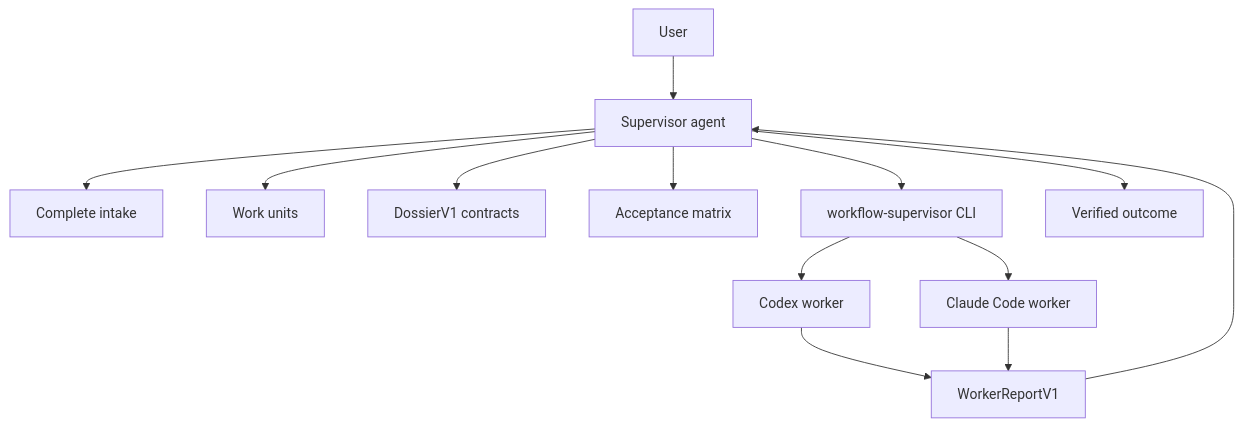
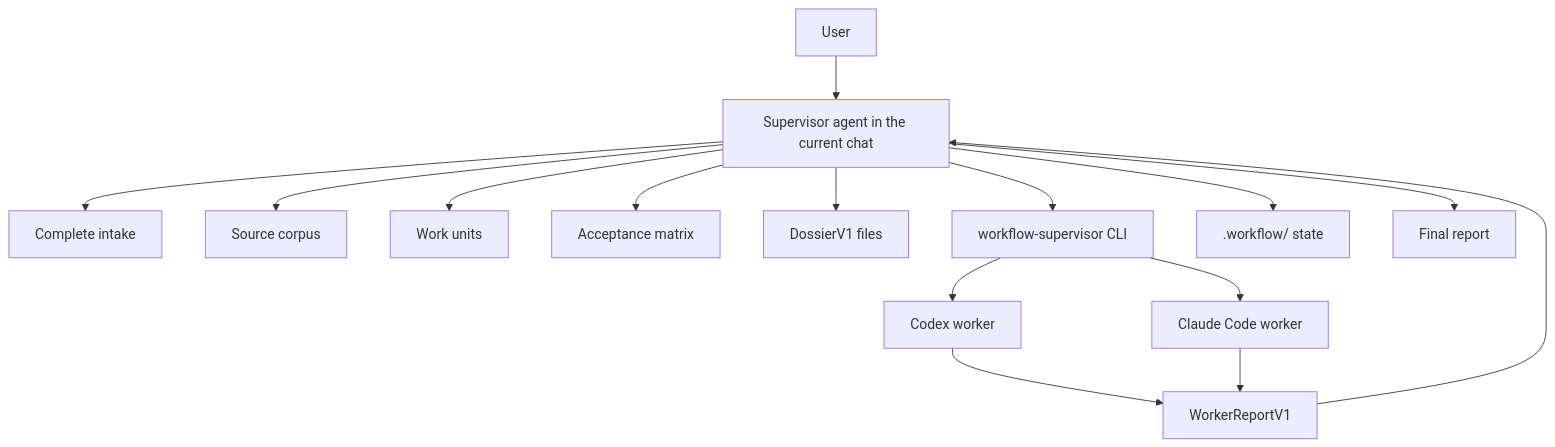
Before and after one commit to NikolaCehic/workflow-supervisor: the diagram in README.md, drawn with Mermaid. The commit also changed other lines of this file and 1 other file, not shown here.

Commit message:
Prepare workflow supervisor package for publishing

````diff
--- a/README.md
+++ b/README.md
@@ -26,15 +69,17 @@
 ```mermaid
 flowchart TB
-  User["User"] --> Supervisor["Supervisor agent"]
+  User["User"] --> Supervisor["Supervisor agent in the current chat"]
   Supervisor --> Intake["Complete intake"]
+  Supervisor --> Sources["Source corpus"]
   Supervisor --> Units["Work units"]
-  Supervisor --> Dossiers["DossierV1 contracts"]
-  Supervisor --> Acceptance["Acceptance matrix"]
+  Supervisor --> Matrix["Acceptance matrix"]
+  Supervisor --> Dossiers["DossierV1 files"]
   Supervisor --> CLI["workflow-supervisor CLI"]
   CLI --> Codex["Codex worker"]
   CLI --> Claude["Claude Code worker"]
   Codex --> Report["WorkerReportV1"]
   Claude --> Report
   Report --> Supervisor
-  Supervisor --> Outcome["Verified outcome"]
+  Supervisor --> Docs[".workflow/ state"]
+  Supervisor --> Outcome["Final report"]
 ```
````
